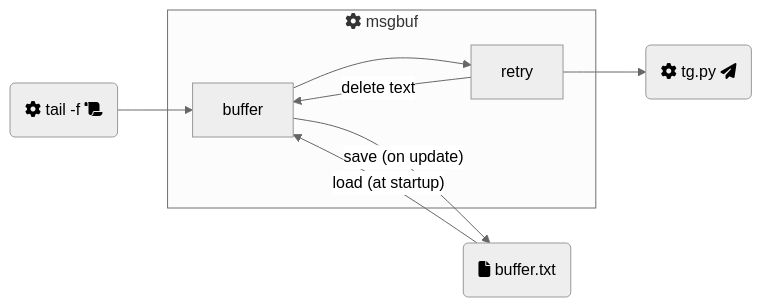
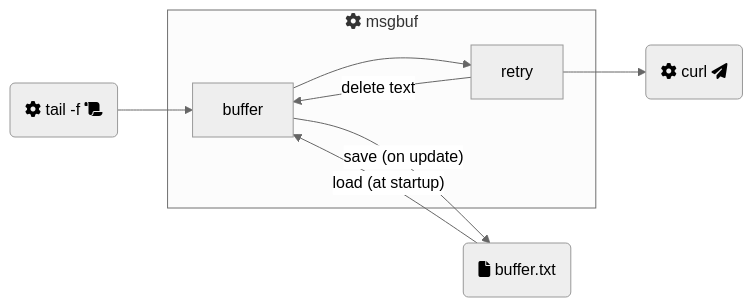
Before and after one commit to dmotte/msgbuf: the diagram in README.md, drawn with Mermaid (neutral theme). The commit also changed other lines of this file and 2 other files, not shown here.

````diff
--- a/README.md
+++ b/README.md
@@ -35,18 +29,18 @@
 ```mermaid
 graph LR
     tail(fa:fa-gear tail -f fa:fa-scroll)
-    send(fa:fa-gear tg.py fa:fa-paper-plane)
+    send(fa:fa-gear curl fa:fa-paper-plane)
     file(fa:fa-file buffer.txt)
 
     tail --> buffer
 
     subgraph fa:fa-gear msgbuf
         buffer --> retry
         retry -- "delete text" --> buffer
     end
 
     retry --> send
 
     file -- "load (at startup)" --> buffer
     buffer -- "save (on update)" --> file
 ```
````
